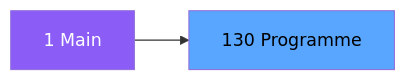
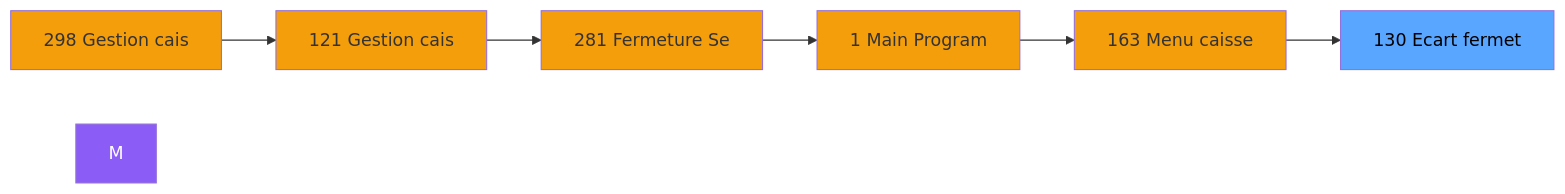
Before and after one commit to thonyAGP/magic-migration: the second of 3 diagrams in .openspec/specs/ADH-IDE-130.md, drawn with Mermaid. The commit also changed other lines of this file and 323 other files, not shown here.

````diff
--- a/.openspec/specs/ADH-IDE-130.md
+++ b/.openspec/specs/ADH-IDE-130.md
@@ -104,8 +112,21 @@
 ```mermaid
 graph LR
-    M[1 Main]
-    T[130 Programme]
-    M --> T
+    N298[298 Gestion cais]
+    N121[121 Gestion cais]
+    N281[281 Fermeture Se]
+    N1[1 Main Program]
+    N163[163 Menu caisse ]
+    T[130 Ecart fermet]
+    N298 --> N121
+    N121 --> N281
+    N281 --> N1
+    N1 --> N163
+    N163 --> T
     style M fill:#8b5cf6,color:#fff
+    style N298 fill:#f59e0b
+    style N121 fill:#f59e0b
+    style N281 fill:#f59e0b
+    style N1 fill:#f59e0b
+    style N163 fill:#f59e0b
     style T fill:#58a6ff,color:#000
 ```
````
